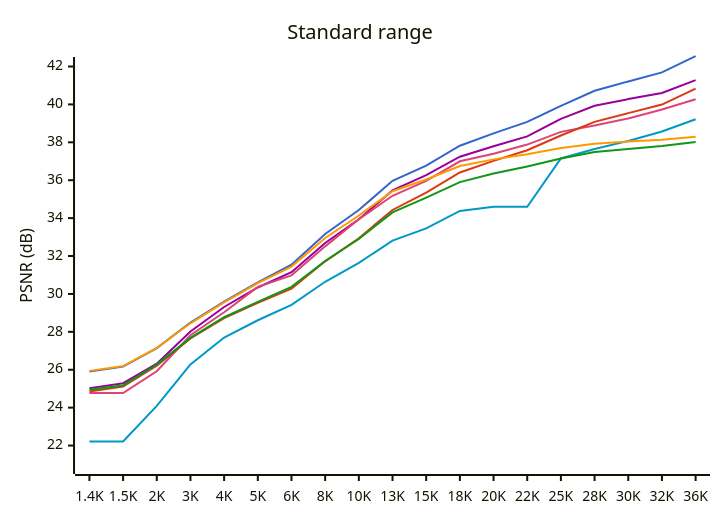
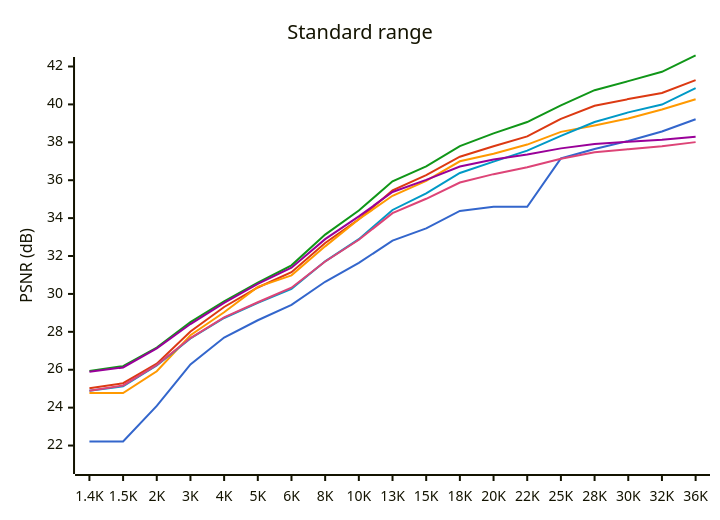
One commit to lieff/miniwtpc changed the second of 2 diagrams in results.md. Above: the diagram before and after it, drawn with Mermaid. The commit also changed other lines of this file and 33 other files, not shown here.

````diff
--- a/results.md
+++ b/results.md
@@ -28,14 +28,14 @@
 ```mermaid
-%%{init: {"themeVariables": {"xyChart": {"plotColorPalette": "#0099c6, #990099, #dd4477, #3366cc, #dc3912, #ff9900, #109618"}}}}%%
+%%{init: {"themeVariables": {"xyChart": {"plotColorPalette": "#3366cc, #dc3912, #ff9900, #109618, #0099c6, #990099, #dd4477"}}}}%%
 xychart-beta
     title "Standard range"
     y-axis "PSNR (dB)" 21 --> 42
     x-axis ["1.4K", "1.5K", "2K", "3K", "4K", "5K", "6K", "8K", "10K", "13K", "15K", "18K", "20K", "22K", "25K", "28K", "30K", "32K", "36K"]
     line "JPEG" [22.22, 22.22, 24.09, 26.28, 27.70, 28.61, 29.42, 30.64, 31.64, 32.81, 33.46, 34.38, 34.60, 34.60, 37.15, 37.65, 38.07, 38.57, 39.22]
     line "JPEG2000" [25.02, 25.29, 26.32, 28.02, 29.31, 30.34, 31.15, 32.69, 33.94, 35.46, 36.27, 37.24, 37.79, 38.31, 39.24, 39.93, 40.28, 40.60, 41.28]
     line "JPEGXL" [24.77, 24.77, 25.92, 27.82, 29.03, 30.37, 30.98, 32.51, 33.94, 35.18, 35.96, 37.00, 37.40, 37.88, 38.55, 38.89, 39.26, 39.73, 40.27]
-    line "WTPC EBC" [25.90, 26.17, 27.14, 28.49, 29.60, 30.61, 31.54, 33.16, 34.43, 35.97, 36.77, 37.82, 38.47, 39.08, 39.92, 40.72, 41.21, 41.69, 42.55]
-    line "WTPC Huff" [24.85, 25.11, 26.22, 27.65, 28.72, 29.53, 30.28, 31.72, 32.94, 34.43, 35.35, 36.41, 37.02, 37.58, 38.36, 39.08, 39.54, 39.99, 40.83]
-    line "W420 EBC" [25.94, 26.19, 27.15, 28.45, 29.55, 30.57, 31.44, 32.95, 34.14, 35.42, 36.04, 36.75, 37.10, 37.37, 37.70, 37.92, 38.04, 38.14, 38.29]
-    line "W420 Huff" [24.94, 25.17, 26.27, 27.68, 28.77, 29.58, 30.37, 31.74, 32.90, 34.30, 35.08, 35.90, 36.35, 36.72, 37.15, 37.49, 37.65, 37.80, 38.02]
+    line "WTPC EBC" [25.94, 26.19, 27.17, 28.51, 29.61, 30.59, 31.51, 33.13, 34.40, 35.94, 36.73, 37.80, 38.47, 39.07, 39.95, 40.75, 41.23, 41.72, 42.59]
+    line "WTPC Huff" [24.89, 25.13, 26.23, 27.65, 28.73, 29.53, 30.27, 31.72, 32.89, 34.43, 35.31, 36.38, 36.98, 37.56, 38.34, 39.07, 39.58, 39.99, 40.86]
+    line "W420 EBC" [25.89, 26.12, 27.13, 28.41, 29.53, 30.53, 31.38, 32.89, 34.09, 35.38, 36.02, 36.72, 37.09, 37.36, 37.68, 37.91, 38.03, 38.14, 38.29]
+    line "W420 Huff" [24.89, 25.17, 26.25, 27.67, 28.76, 29.56, 30.33, 31.71, 32.86, 34.26, 35.02, 35.88, 36.32, 36.68, 37.13, 37.47, 37.64, 37.79, 38.01]
 ```
````
